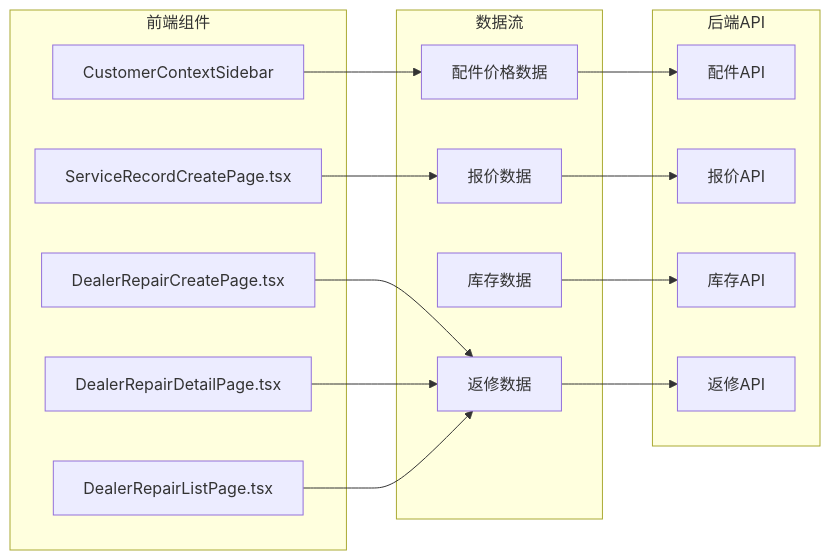
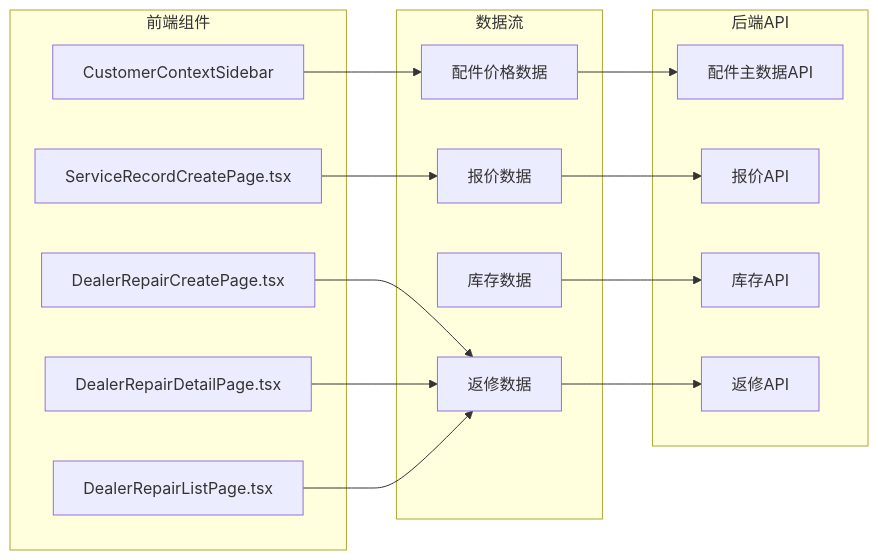
The fifth of 12 diagrams in .qoder/repowiki/zh/content/数据库设计/服务配件SKU定价.md (CubeEdge/Longhorn), drawn with Mermaid before and after one commit. The commit also changed other lines of this file and 53 other files, not shown here.

````diff
--- a/.qoder/repowiki/zh/content/数据库设计/服务配件SKU定价.md
+++ b/.qoder/repowiki/zh/content/数据库设计/服务配件SKU定价.md
@@ -234,31 +259,31 @@
 ```mermaid
 graph LR
 subgraph "前端组件"
 CustomerSidebar[CustomerContextSidebar]
 ServiceRecord[ServiceRecordCreatePage.tsx]
 DealerRepairCreate[DealerRepairCreatePage.tsx]
 DealerRepairDetail[DealerRepairDetailPage.tsx]
 DealerRepairList[DealerRepairListPage.tsx]
 end
 subgraph "数据流"
 PartsData[配件价格数据]
 QuotationData[报价数据]
 InventoryData[库存数据]
 RepairData[返修数据]
 end
 subgraph "后端API"
-PartsAPI[配件API]
+PartsMasterAPI[配件主数据API]
 QuoteAPI[报价API]
 InventoryAPI[库存API]
 RepairAPI[返修API]
 end
 CustomerSidebar --> PartsData
 ServiceRecord --> QuotationData
 DealerRepairCreate --> RepairData
 DealerRepairDetail --> RepairData
 DealerRepairList --> RepairData
-PartsData --> PartsAPI
+PartsData --> PartsMasterAPI
 QuotationData --> QuoteAPI
 InventoryData --> InventoryAPI
 RepairData --> RepairAPI
 ```
````
